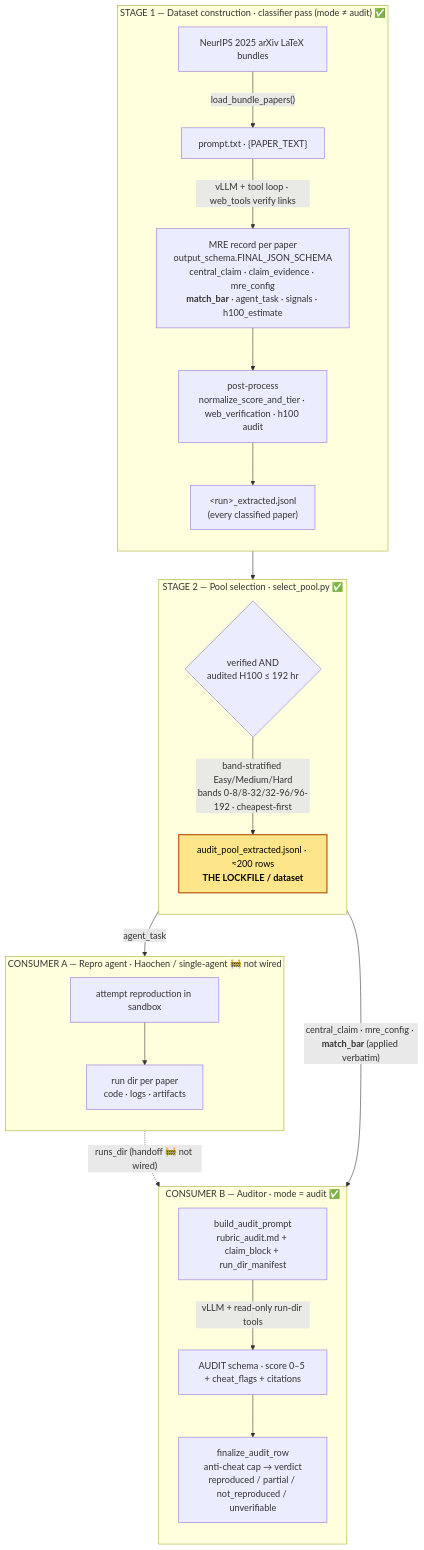
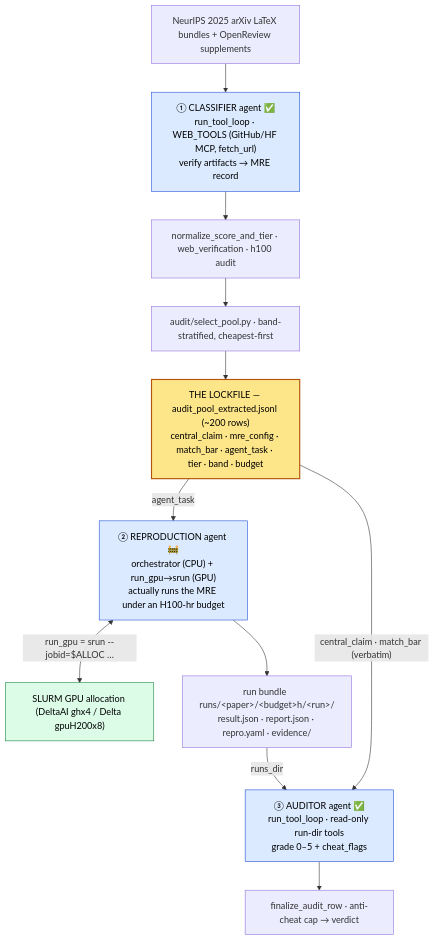
Before and after one commit to mithils3/reprocli: the diagram in docs/architecture.md, drawn with Mermaid. The commit also changed other lines of this file and 85 other files, not shown here.

````diff
--- a/docs/architecture.md
+++ b/docs/architecture.md
@@ -13,45 +25,26 @@
 ```mermaid
 flowchart TD
   classDef lock fill:#fde68a,stroke:#b45309,stroke-width:2px,color:#000;
+  classDef llm  fill:#dbeafe,stroke:#1d4ed8,color:#000;
+  classDef gpu  fill:#dcfce7,stroke:#15803d,color:#000;
 
-  subgraph S1["STAGE 1 — Dataset construction · classifier pass (mode ≠ audit) ✅"]
-    direction TB
-    A["NeurIPS 2025 arXiv LaTeX bundles"]
-    B["prompt.txt · {PAPER_TEXT}"]
-    C["MRE record per paper<br/>output_schema.FINAL_JSON_SCHEMA<br/>central_claim · claim_evidence · mre_config<br/><b>match_bar</b> · agent_task · signals · h100_estimate"]
-    D["post-process<br/>normalize_score_and_tier · web_verification · h100 audit"]
-    E["&lt;run&gt;_extracted.jsonl<br/>(every classified paper)"]
-    A -->|"load_bundle_papers()"| B
-    B -->|"vLLM + tool loop · web_tools verify links"| C
-    C --> D --> E
-  end
+  A["NeurIPS 2025 arXiv LaTeX bundles + OpenReview supplements"]
+  CL["① CLASSIFIER agent ✅<br/>run_tool_loop · WEB_TOOLS (GitHub/HF MCP, fetch_url)<br/>verify artifacts → MRE record"]:::llm
+  POST1["normalize_score_and_tier · web_verification · h100 audit"]
+  SEL["audit/select_pool.py · band-stratified, cheapest-first"]
+  LOCK["THE LOCKFILE — audit_pool_extracted.jsonl (~200 rows)<br/>central_claim · mre_config · match_bar · agent_task · tier · band · budget"]:::lock
+  RA["② REPRODUCTION agent 🚧<br/>orchestrator (CPU) + run_gpu→srun (GPU)<br/>actually runs the MRE under an H100-hr budget"]:::llm
+  GPU["SLURM GPU allocation (DeltaAI ghx4 / Delta gpuH200x8)"]:::gpu
+  BUN["run bundle  runs/&lt;paper&gt;/&lt;budget&gt;h/&lt;run&gt;/<br/>result.json · report.json · repro.yaml · evidence/"]
+  AU["③ AUDITOR agent ✅<br/>run_tool_loop · read-only run-dir tools<br/>grade 0–5 + cheat_flags"]:::llm
+  POST2["finalize_audit_row · anti-cheat cap → verdict"]
 
-  subgraph S2["STAGE 2 — Pool selection · select_pool.py ✅"]
-    direction TB
-    F{"verified AND<br/>audited H100 ≤ 192 hr"}
-    G["audit_pool_extracted.jsonl · ≈200 rows<br/><b>THE LOCKFILE / dataset</b>"]
-    F -->|"band-stratified Easy/Medium/Hard<br/>bands 0-8/8-32/32-96/96-192 · cheapest-first"| G
-  end
-  E --> F
+  A --> CL --> POST1 --> SEL --> LOCK
+  LOCK -->|"agent_task"| RA
+  RA <-->|"run_gpu = srun --jobid=$ALLOC …"| GPU
+  RA --> BUN
+  LOCK -->|"central_claim · match_bar (verbatim)"| AU
+  BUN -->|"runs_dir"| AU --> POST2
 
-  subgraph CA["CONSUMER A — Repro agent · Haochen / single-agent 🚧 not wired"]
-    direction TB
-    H["attempt reproduction in sandbox"]
-    I["run dir per paper<br/>code · logs · artifacts"]
-    H --> I
-  end
-
-  subgraph CB["CONSUMER B — Auditor · mode = audit ✅"]
-    direction TB
-    J["build_audit_prompt<br/>rubric_audit.md + claim_block + run_dir_manifest"]
-    K["AUDIT schema · score 0–5 + cheat_flags + citations"]
-    L["finalize_audit_row<br/>anti-cheat cap → verdict<br/>reproduced / partial / not_reproduced / unverifiable"]
-    J -->|"vLLM + read-only run-dir tools"| K --> L
-  end
-
-  G -->|"agent_task"| H
-  G -->|"central_claim · mre_config · <b>match_bar</b> (applied verbatim)"| J
-  I -. "runs_dir (handoff 🚧 not wired)" .-> J
-
-  class G lock;
+  class LOCK lock;
 ```
````
